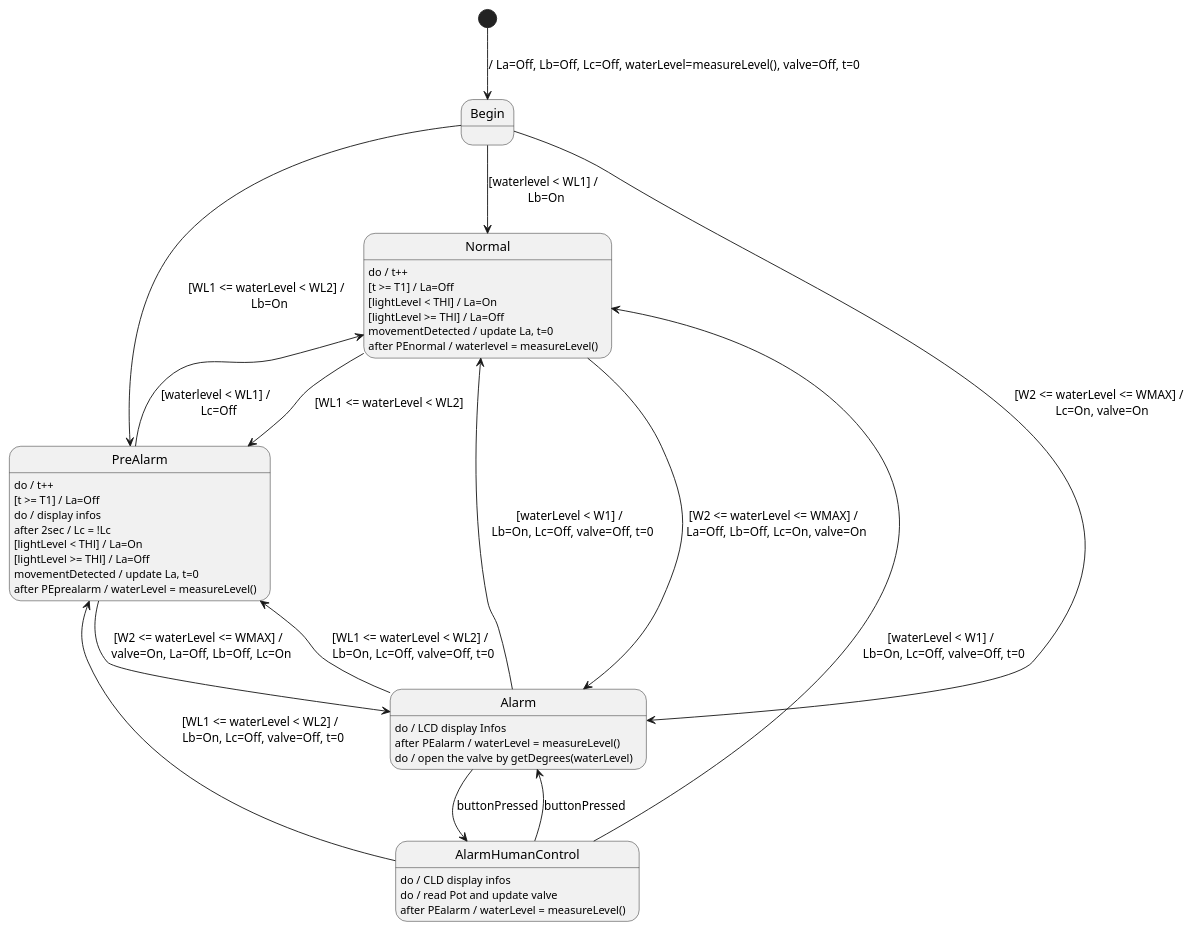
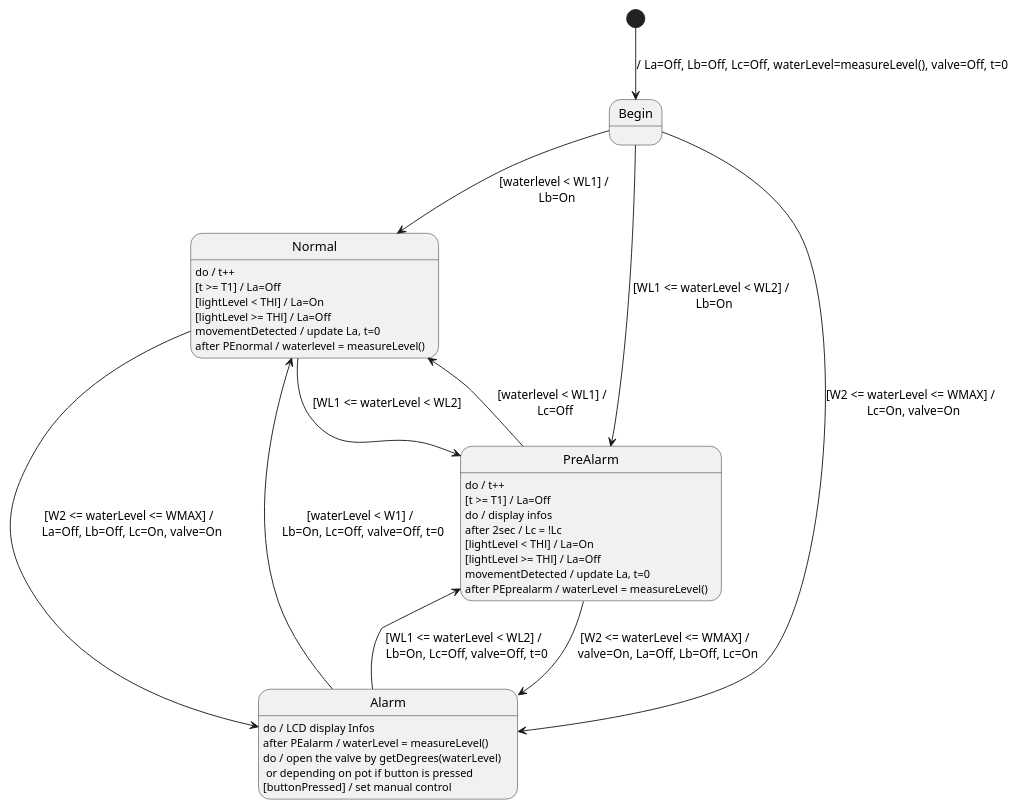
One commit to FiloSanza/iot-assignment2 changed the diagram in docs/stateDiagram.puml. Above: the diagram before and after it, drawn with PlantUML.

Commit message:
Update state diagram.

```diff
--- a/docs/stateDiagram.puml
+++ b/docs/stateDiagram.puml
@@ -1,78 +1,71 @@
 @startuml Assigment2
 
 /'
     SENSORS
 
     - Pir to detect movement
     - Sonar used to measure water level
     - ServoMotor used to control the valve (0deg=Close, 180deg=Open)
     - Light Sensor = used to measure light level
     - La = Green Led to report a movement
     - Lb = Green Led which means the bridge can be used
     - Lc = Red Led which:
         - Blink every 2sec in PreAlarm
         - Is On in Alarm
     - LCD = I2C Display to give infos to the user
 '/
 
 /'
     CONSTANTS:
     - LHl = Light level threshold
     - W1, W2, Wmax = water level bounds
 '/
 
 /' In the normal state Lb is off and Lc is off,
     that means that the bridge can be used
 '/
 
 [*] --> Begin : / La=Off, Lb=Off, Lc=Off, waterLevel=measureLevel(), valve=Off, t=0
 
 Begin --> Normal : [waterlevel < WL1] / \n Lb=On
 Begin --> PreAlarm : [WL1 <= waterLevel < WL2] / \n Lb=On
 Begin --> Alarm : [W2 <= waterLevel <= WMAX] / \n Lc=On, valve=On
 
 /'
     When the PIR detect the movement La is switched On or Off
     depending on the light level
 '/
 Normal : do / t++
 Normal : [t >= T1] / La=Off
 Normal : [lightLevel < THl] / La=On
 Normal : [lightLevel >= THl] / La=Off
 Normal : movementDetected / update La, t=0
 Normal  : after PEnormal / waterlevel = measureLevel()
 Normal --> PreAlarm : [WL1 <= waterLevel < WL2]
 Normal --> Alarm : [W2 <= waterLevel <= WMAX] / \n La=Off, Lb=Off, Lc=On, valve=On
 PreAlarm --> Normal : [waterlevel < WL1] / \n Lc=Off
 /'
     Infos: PreAlarm State and Current Water Level
 '/
 PreAlarm : do / t++
 PreAlarm : [t >= T1] / La=Off
 PreAlarm : do / display infos
 PreAlarm : after 2sec / Lc = !Lc 
 PreAlarm : [lightLevel < THl] / La=On
 PreAlarm : [lightLevel >= THl] / La=Off
 PreAlarm : movementDetected / update La, t=0
 PreAlarm : after PEprealarm / waterLevel = measureLevel() 
 PreAlarm --> Alarm : [W2 <= waterLevel <= WMAX] / \n valve=On, La=Off, Lb=Off, Lc=On
 
 Alarm --> PreAlarm : [WL1 <= waterLevel < WL2] / \n Lb=On, Lc=Off, valve=Off, t=0
 Alarm --> Normal : [waterLevel < W1] / \n Lb=On, Lc=Off, valve=Off, t=0
 /'
     Infos: Alarm State, Current Water Level 
     and Current opening degrees
 '/
 Alarm : do / LCD display Infos
 Alarm  : after PEalarm / waterLevel = measureLevel()
-Alarm : do / open the valve by getDegrees(waterLevel)
-Alarm --> AlarmHumanControl : buttonPressed
-
-AlarmHumanControl : do / CLD display infos
-AlarmHumanControl : do / read Pot and update valve
-AlarmHumanControl  : after PEalarm / waterLevel = measureLevel()
-AlarmHumanControl --> Alarm : buttonPressed
-AlarmHumanControl --> PreAlarm : [WL1 <= waterLevel < WL2] / \n Lb=On, Lc=Off, valve=Off, t=0
-AlarmHumanControl --> Normal : [waterLevel < W1] / \n Lb=On, Lc=Off, valve=Off, t=0
+Alarm : do / open the valve by getDegrees(waterLevel) \n or depending on pot if button is pressed
+Alarm  : [buttonPressed] / set manual control
 
 @enduml
```
